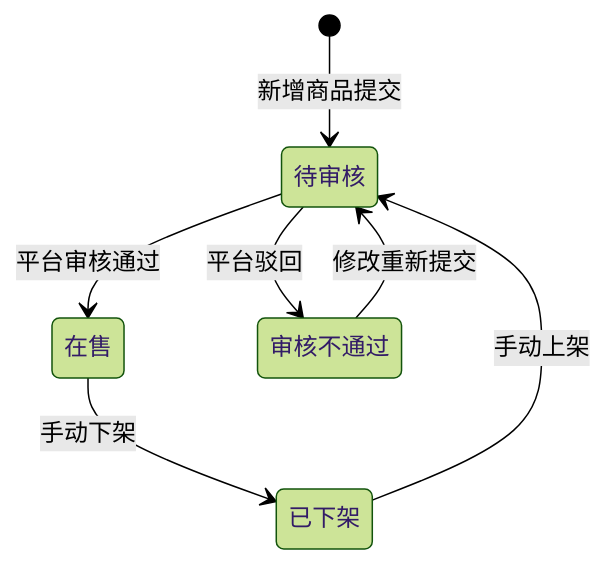
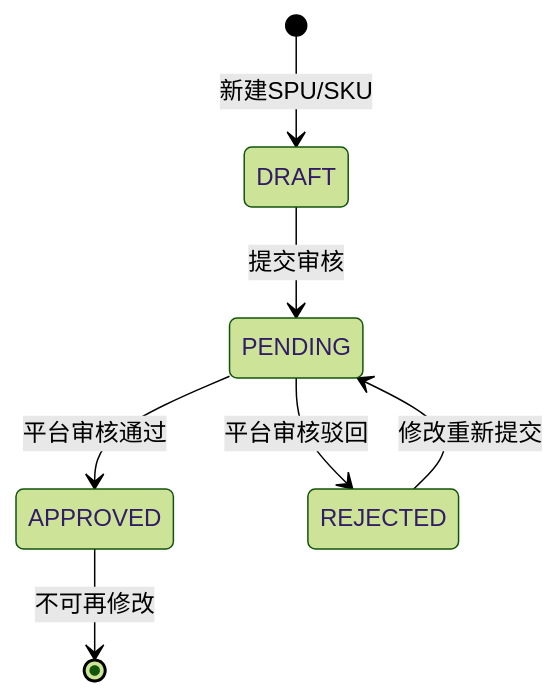
The second of 2 diagrams in prd-docs/supplier/06-商品中心功能设计.md (LinYuanxia/gongchengcang), drawn with Mermaid (forest theme) before and after one commit. The commit also changed other lines of this file and 40765 other files, not shown here.

````diff
--- a/prd-docs/supplier/06-商品中心功能设计.md
+++ b/prd-docs/supplier/06-商品中心功能设计.md
@@ -243,9 +240,9 @@
 ```mermaid
 stateDiagram-v2
-    [*] --> 待审核: 新增商品提交
-    待审核 --> 在售: 平台审核通过
-    待审核 --> 审核不通过: 平台驳回
-    审核不通过 --> 待审核: 修改重新提交
-    在售 --> 已下架: 手动下架
-    已下架 --> 待审核: 手动上架
+    [*] --> DRAFT: 新建SPU/SKU
+    DRAFT --> PENDING: 提交审核
+    PENDING --> APPROVED: 平台审核通过
+    PENDING --> REJECTED: 平台审核驳回
+    REJECTED --> PENDING: 修改重新提交
+    APPROVED --> [*]: 不可再修改
 ```
````
